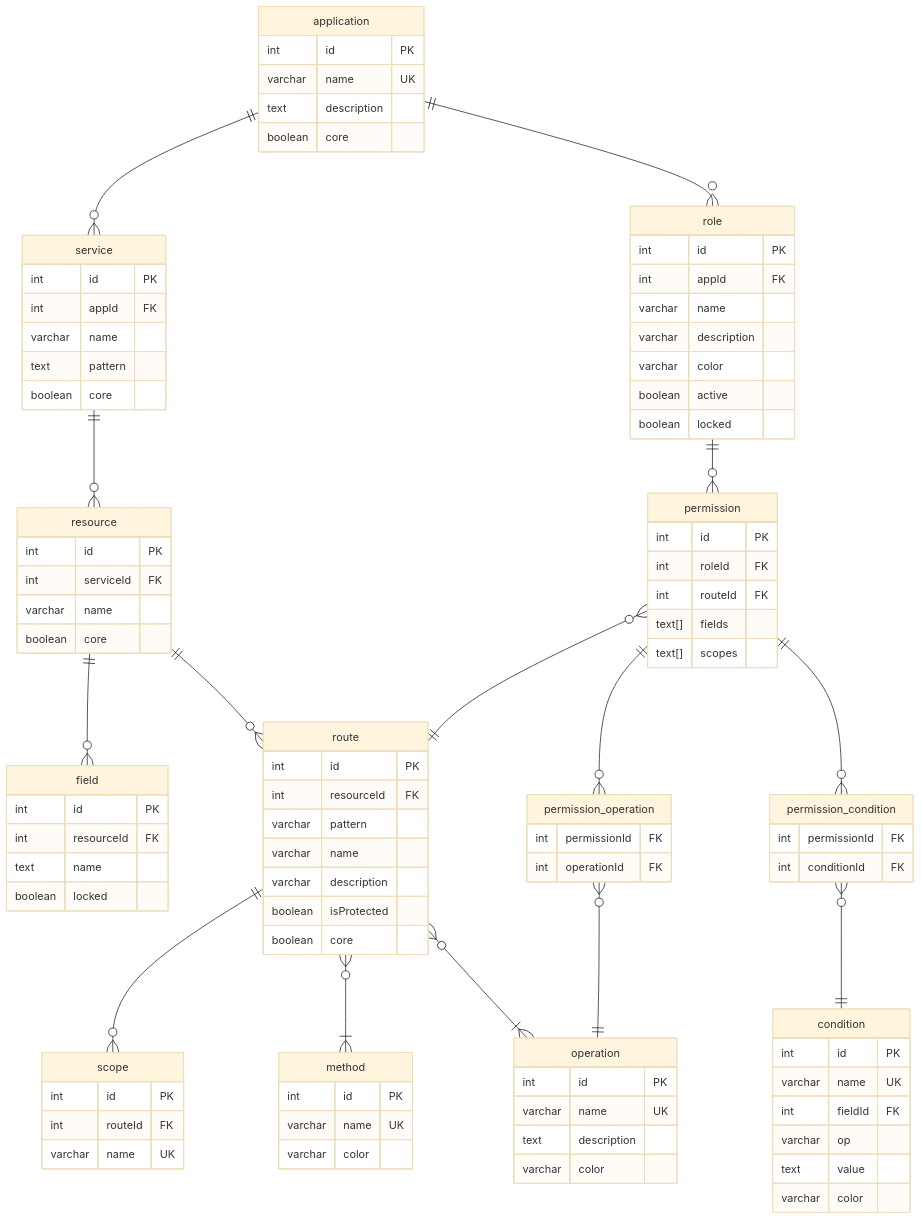
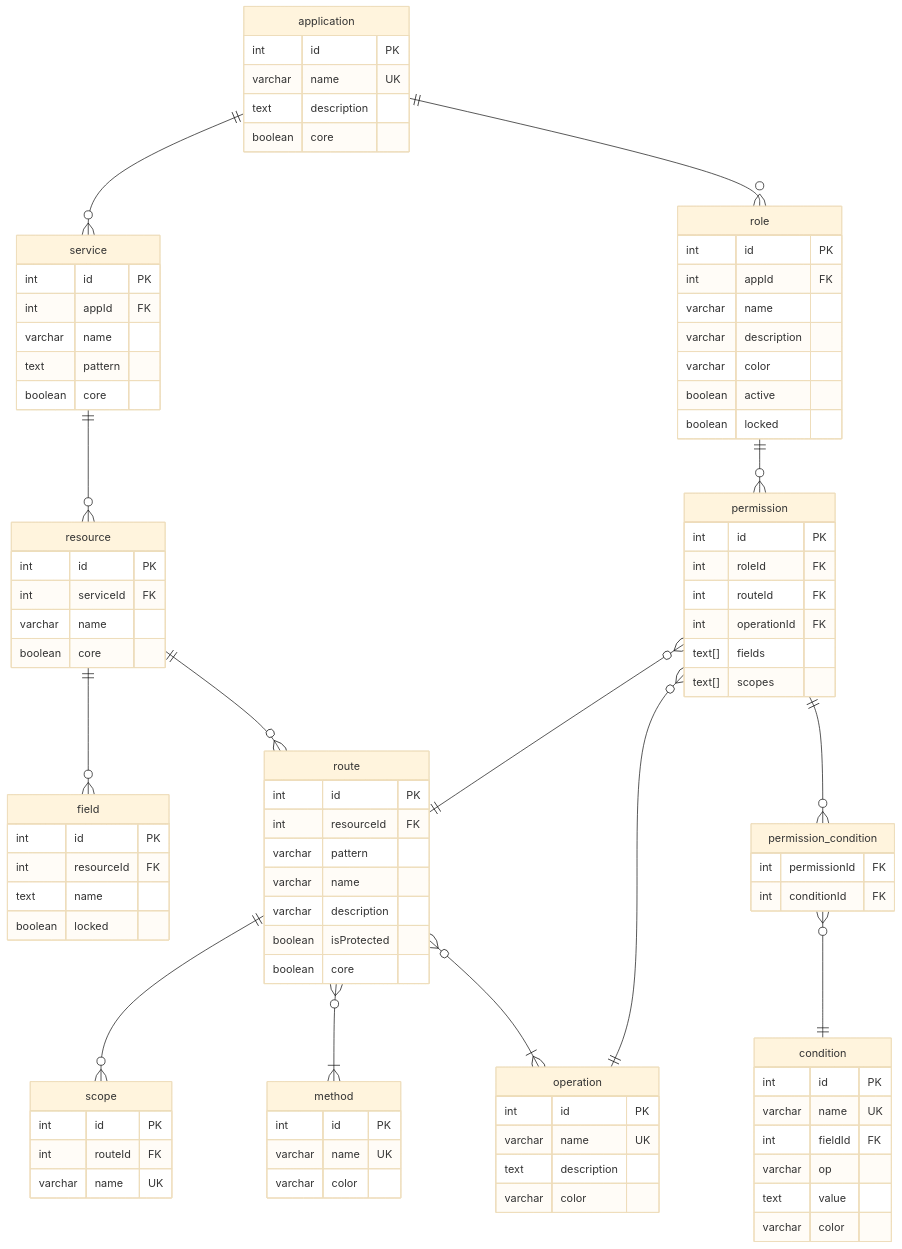
Before and after one commit to ALTEN-group/Gatelin: the first of 2 diagrams in doc/erd.md, drawn with Mermaid (base theme). The commit also changed 25 other files, not shown here.

```diff
--- a/doc/erd.md
+++ b/doc/erd.md
@@ -18,9 +18,8 @@
   route }o--|{ operation : ""
 
   permission }o--|| route : ""
-  permission ||--o{ permission_operation : ""
+  permission }o--|| operation : ""
   permission ||--o{ permission_condition : ""
-  permission_operation }o--|| operation : ""
   permission_condition }o--|| condition : ""
 
   application {
@@ -44,13 +43,9 @@
     int id PK
     int roleId FK
     int routeId FK
+    int operationId FK
     text[] fields
     text[] scopes
-  }
-
-  permission_operation {
-    int permissionId FK
-    int operationId FK
   }
 
   permission_condition {
```
